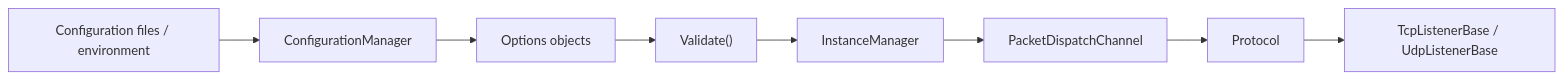
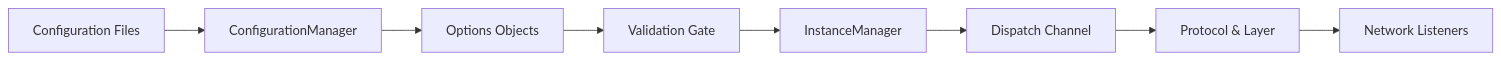
One commit to ppn-systems/Nalix changed the diagram in docs/concepts/configuration-and-runtime.md. Above: the diagram before and after it, drawn with Mermaid. The commit also changed other lines of this file and 26 other files, not shown here.

````diff
--- a/docs/concepts/configuration-and-runtime.md
+++ b/docs/concepts/configuration-and-runtime.md
@@ -19,10 +14,10 @@
 ```mermaid
 flowchart LR
-    A["Configuration files / environment"] --> B["ConfigurationManager"]
-    B --> C["Options objects"]
-    C --> D["Validate()"]
+    A["Configuration Files"] --> B["ConfigurationManager"]
+    B --> C["Options Objects"]
+    C --> D["Validation Gate"]
     D --> E["InstanceManager"]
-    E --> F["PacketDispatchChannel"]
-    F --> G["Protocol"]
-    G --> H["TcpListenerBase / UdpListenerBase"]
+    E --> F["Dispatch Channel"]
+    F --> G["Protocol & Layer"]
+    G --> H["Network Listeners"]
 ```
````
